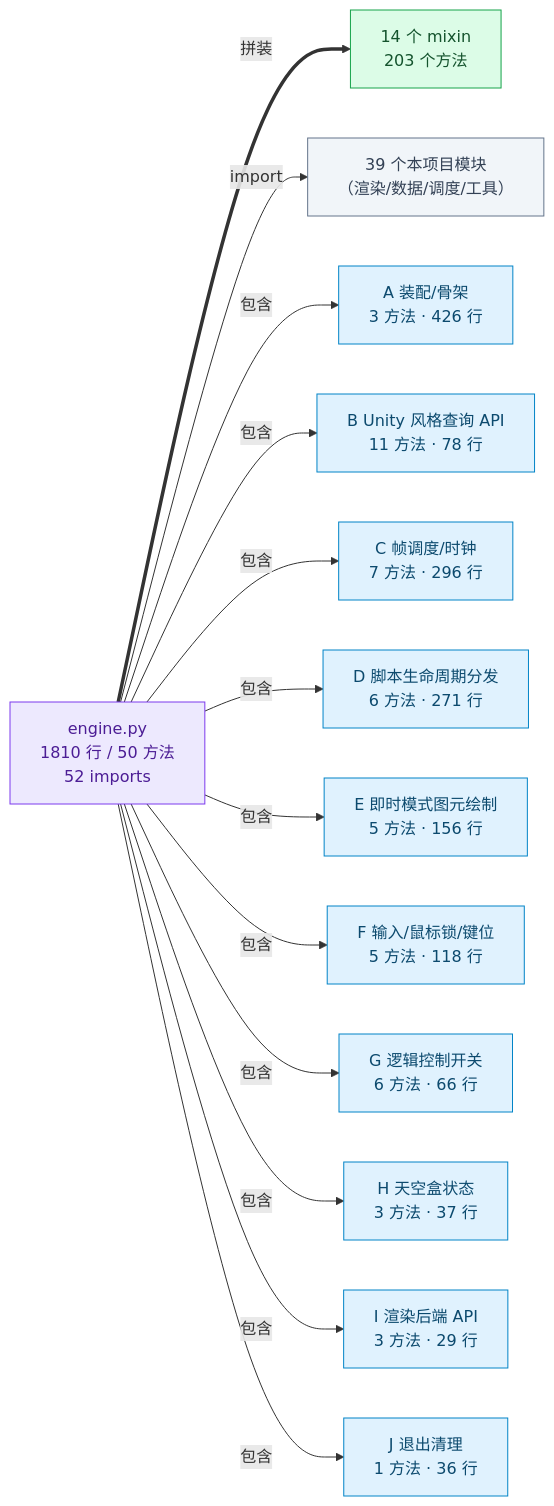
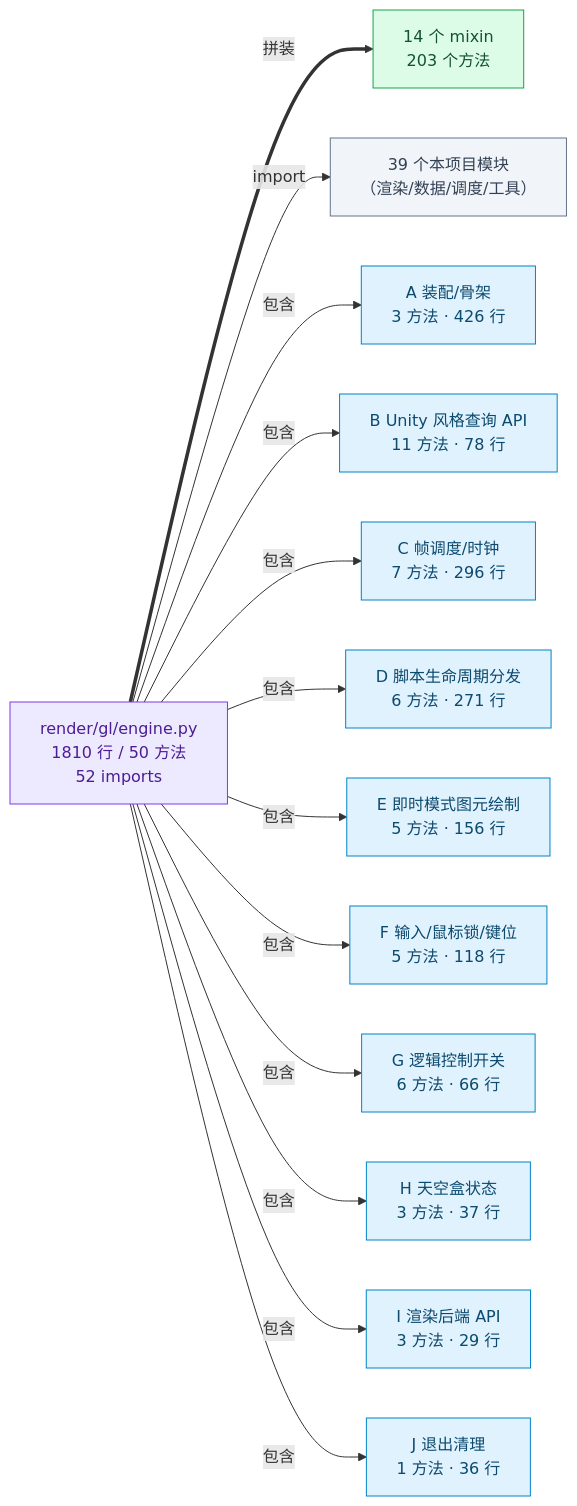
One commit to lhy302/WeaveEngine changed diagram 16 of 23 in ARCHITECTURE.md. Above: the diagram before and after it, drawn with Mermaid. The commit also changed other lines of this file and 97 other files, not shown here.

````diff
--- a/ARCHITECTURE.md
+++ b/ARCHITECTURE.md
@@ -764,32 +766,32 @@
 ```mermaid
 flowchart LR
-  E["engine.py<br/>1810 行 / 50 方法<br/>52 imports"]:::hub
+  E["render/gl/engine.py<br/>1810 行 / 50 方法<br/>52 imports"]:::hub
   M["14 个 mixin<br/>203 个方法"]:::impl
   P["39 个本项目模块<br/>（渲染/数据/调度/工具）"]:::file
   D1["A 装配/骨架<br/>3 方法 · 426 行"]:::dom
   D2["B Unity 风格查询 API<br/>11 方法 · 78 行"]:::dom
   D3["C 帧调度/时钟<br/>7 方法 · 296 行"]:::dom
   D4["D 脚本生命周期分发<br/>6 方法 · 271 行"]:::dom
   D5["E 即时模式图元绘制<br/>5 方法 · 156 行"]:::dom
   D6["F 输入/鼠标锁/键位<br/>5 方法 · 118 行"]:::dom
   D7["G 逻辑控制开关<br/>6 方法 · 66 行"]:::dom
   D8["H 天空盒状态<br/>3 方法 · 37 行"]:::dom
   D9["I 渲染后端 API<br/>3 方法 · 29 行"]:::dom
   D10["J 退出清理<br/>1 方法 · 36 行"]:::dom
   E ==>|拼装| M
   E -->|import| P
   E -->|包含| D1
   E -->|包含| D2
   E -->|包含| D3
   E -->|包含| D4
   E -->|包含| D5
   E -->|包含| D6
   E -->|包含| D7
   E -->|包含| D8
   E -->|包含| D9
   E -->|包含| D10
   classDef hub fill:#ede9fe,stroke:#7c3aed,color:#4c1d95
   classDef impl fill:#dcfce7,stroke:#16a34a,color:#14532d
   classDef dom fill:#e0f2fe,stroke:#0284c7,color:#0c4a6e
   classDef file fill:#f1f5f9,stroke:#64748b,color:#334155
 ```
````
